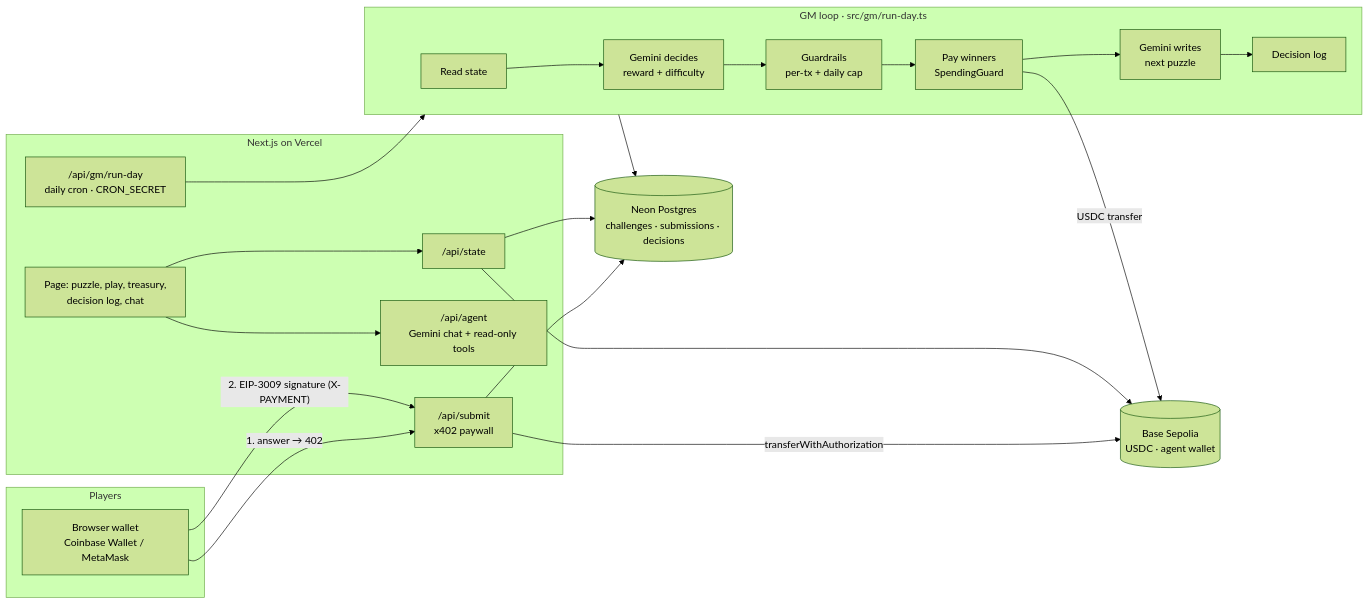
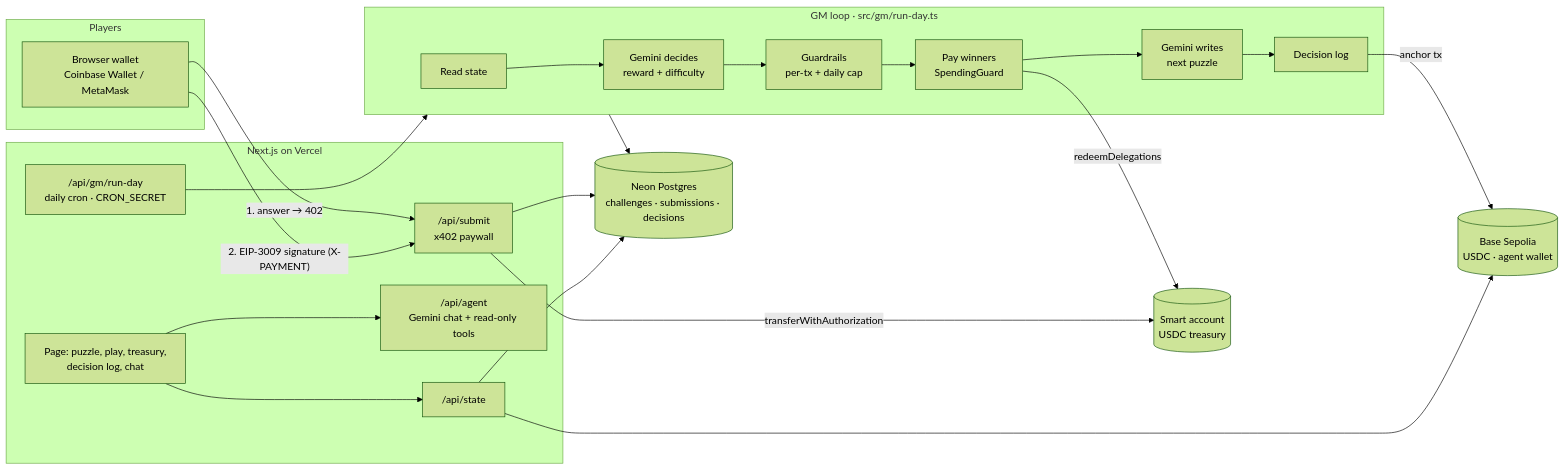
One commit to BerkeBakir/gm-agent changed the diagram in README.md. Above: the diagram before and after it, drawn with Mermaid (forest theme). The commit also changed other lines of this file and 2 other files, not shown here.

Commit message:
docs: README v3 — delegated treasury, commitments, anchors

````diff
--- a/README.md
+++ b/README.md
@@ -208,33 +231,35 @@
 ```mermaid
 flowchart LR
   subgraph Players
     P[Browser wallet<br/>Coinbase Wallet / MetaMask]
   end
   subgraph App["Next.js on Vercel"]
     UI[Page: puzzle, play, treasury,<br/>decision log, chat]
     SUB["/api/submit<br/>x402 paywall"]
     RUN["/api/gm/run-day<br/>daily cron · CRON_SECRET"]
     CHAT["/api/agent<br/>Gemini chat + read-only tools"]
     STATE["/api/state"]
   end
   subgraph GM["GM loop · src/gm/run-day.ts"]
     S1[Read state] --> S2[Gemini decides<br/>reward + difficulty]
     S2 --> S3[Guardrails<br/>per-tx + daily cap]
     S3 --> S4[Pay winners<br/>SpendingGuard]
     S4 --> S5[Gemini writes<br/>next puzzle]
     S5 --> S6[Decision log]
   end
   DB[(Neon Postgres<br/>challenges · submissions · decisions)]
   CHAIN[(Base Sepolia<br/>USDC · agent wallet)]
+  SA[(Smart account<br/>USDC treasury)]
 
   P -- "1. answer → 402" --> SUB
   P -- "2. EIP-3009 signature (X-PAYMENT)" --> SUB
-  SUB -- transferWithAuthorization --> CHAIN
+  SUB -- transferWithAuthorization --> SA
   SUB --> DB
   RUN --> GM
   GM --> DB
-  S4 -- USDC transfer --> CHAIN
+  S4 -- redeemDelegations --> SA
+  S6 -- anchor tx --> CHAIN
   UI --> STATE --> DB
   STATE --> CHAIN
   UI --> CHAT
 ```
````
